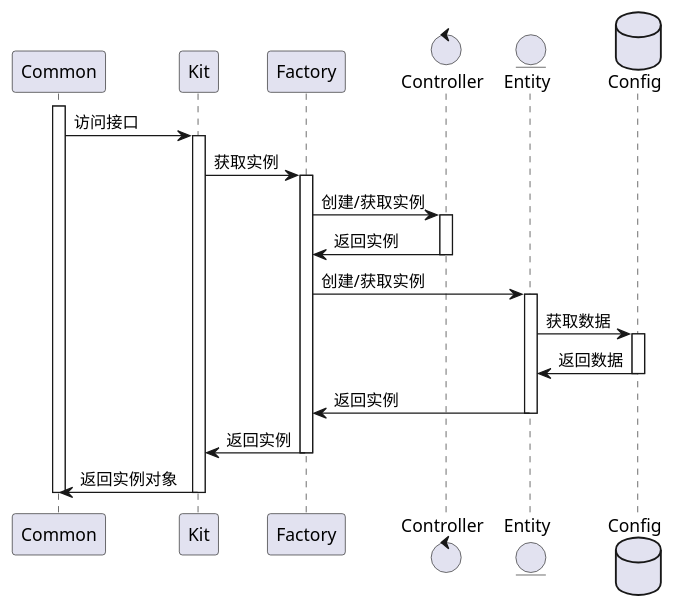
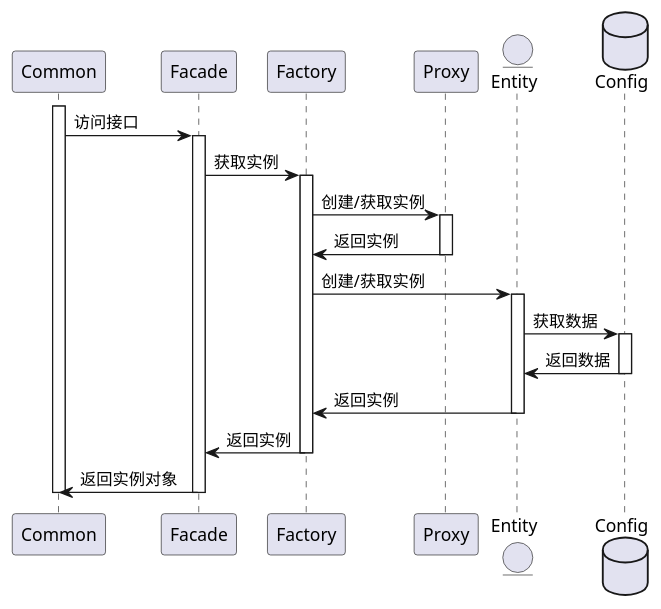
One commit to Pionpill/HammerWorkshop-CookingCraft changed the diagram in docs/DetailedDesign/puml/common.puml. Above: the diagram before and after it, drawn with PlantUML. The commit also changed 49 other files, not shown here.

```diff
--- a/docs/DetailedDesign/puml/common.puml
+++ b/docs/DetailedDesign/puml/common.puml
@@ -1,31 +1,31 @@
 @startuml common
 participant Common
-participant Kit
+participant Facade
 participant Factory
-control Controller
+participant Proxy
 entity Entity
 database Config
 
 activate Common
-Common -> Kit: 访问接口
-activate Kit
-Kit -> Factory: 获取实例
+Common -> Facade: 访问接口
+activate Facade
+Facade -> Factory: 获取实例
 activate Factory
-Factory -> Controller: 创建/获取实例
-activate Controller
-Controller -> Factory: 返回实例
-deactivate Controller
+Factory -> Proxy: 创建/获取实例
+activate Proxy
+Proxy -> Factory: 返回实例
+deactivate Proxy
 Factory -> Entity: 创建/获取实例
 activate Entity
 Entity -> Config: 获取数据
 activate Config
 Config -> Entity: 返回数据
 deactivate Config
 Entity -> Factory: 返回实例
 deactivate Entity
-Factory -> Kit: 返回实例
+Factory -> Facade: 返回实例
 deactivate Factory
-Kit -> Common: 返回实例对象
-deactivate Kit
+Facade -> Common: 返回实例对象
+deactivate Facade
 deactivate Common
 @enduml
```
